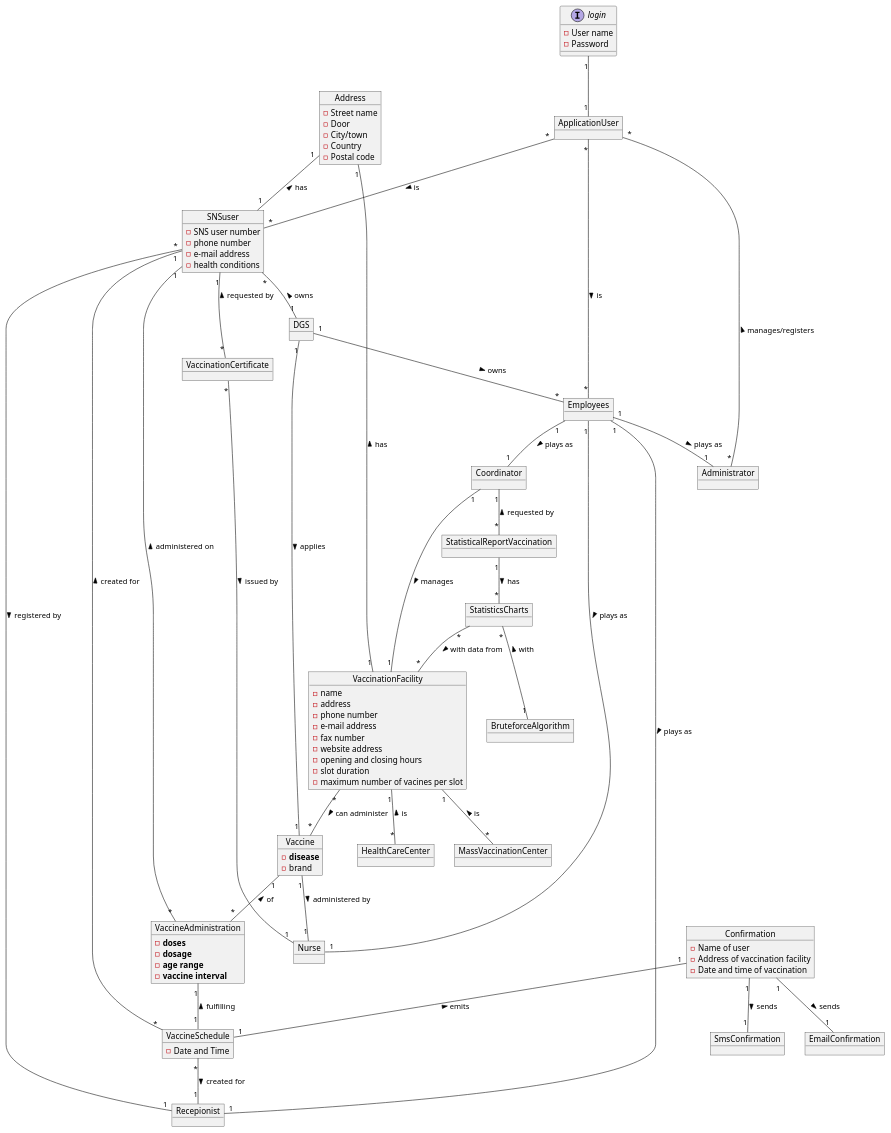
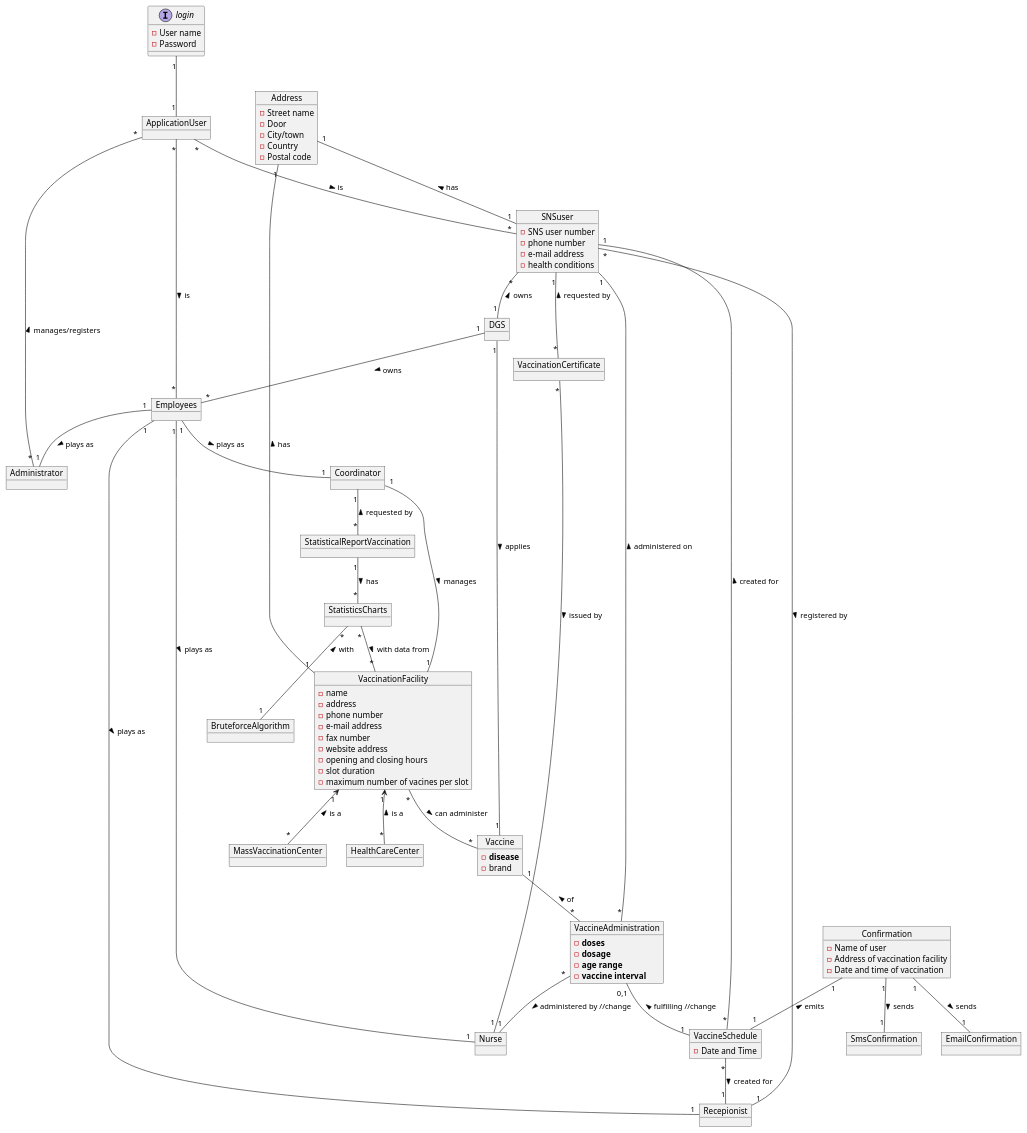
One commit to osnilas/SNSsystem changed the diagram in docs/SprintB/DM.puml. Above: the diagram before and after it, drawn with PlantUML. The commit also changed 14 other files, not shown here.

Commit message:
[UC 10] Implementation, creation of Employee class, UI and controler for UC and changes to UC diagram, furps.md, domain model

```diff
--- a/docs/SprintB/DM.puml
+++ b/docs/SprintB/DM.puml
@@ -1,105 +1,106 @@
 @startuml
 'https://plantuml.com/object-diagram
 
 interface login{
 -User name
 -Password
 }
 object SNSuser{
 -SNS user number
 -phone number
 -e-mail address
 -health conditions
 }
 object DGS
 object Administrator
 object Coordinator
 object Nurse
 object Recepionist
 object VaccinationFacility{
 -name
 -address
 -phone number
 -e-mail address
 -fax number
 -website address
 -opening and closing hours
 -slot duration
 -maximum number of vacines per slot
 }
 object StatisticalReportVaccination
 object MassVaccinationCenter
 object HealthCareCenter
 
 
 object Vaccine{
 -**disease**
 -brand
 
 }
 
 object VaccineSchedule{
 -Date and Time
 }
 object VaccinationCertificate
 object VaccineAdministration {
 -**doses**
 -**dosage**
 -**age range**
 -**vaccine interval**
 }
 object Confirmation{
 -Name of user
 -Address of vaccination facility
 -Date and time of vaccination
 }
 object SmsConfirmation
 object EmailConfirmation
 object Employees
 object StatisticsCharts
 object BruteforceAlgorithm
 object ApplicationUser
 object Address{
 -Street name
 -Door
 -City/town
 -Country
 -Postal code
 }
 
 ApplicationUser"*" -- "*"Employees: > is
 ApplicationUser"*" -- "*"SNSuser: > is
 Administrator"*" -- "*" ApplicationUser: > manages/registers
 login"1"--"1"ApplicationUser
 SNSuser"*"--"1" DGS : < owns
 DGS"1" -- "*"Employees : > owns
 DGS "1"--"1" Vaccine : > applies
 Employees"1"--"1" Recepionist: > plays as
 Employees"1"--"1" Nurse: > plays as
 Employees"1"--"1" Coordinator: > plays as
 Employees"1"--"1" Administrator: > plays as
 Address"1"--"1" VaccinationFacility: < has
 Address"1"--"1" SNSuser: < has
 SNSuser "1"--"*" VaccinationCertificate: < requested by
 Coordinator"1" --"1" VaccinationFacility: > manages
-VaccinationFacility"1"--"*" MassVaccinationCenter: < is
-VaccinationFacility"1"--"*" HealthCareCenter: < is
+VaccinationFacility"1"<--"*" MassVaccinationCenter: < is a
+
+VaccinationFacility"1"<--"*" HealthCareCenter: < is a
 Coordinator"1" -- "*"StatisticalReportVaccination: < requested by
 StatisticalReportVaccination"1" -- "*"StatisticsCharts: > has
 StatisticsCharts"*" -- "1"BruteforceAlgorithm: < with
 StatisticsCharts"*" -- "*"VaccinationFacility: > with data from
 VaccinationFacility "*"--"*" Vaccine: > can administer
 VaccineSchedule"*" -- "1"SNSuser: > created for
 VaccineSchedule"*" -- "1"Recepionist: > created for
-Vaccine"1" -- "1"Nurse: > administered by
+VaccineAdministration"*" -- "1"Nurse: > administered by //change
 Vaccine"1" -- "*"VaccineAdministration: < of
 Recepionist"1" -- "*"SNSuser: < registered by
 VaccineAdministration"*" -- "1"SNSuser: > administered on
-VaccineAdministration"1" -- "1"VaccineSchedule: < fulfilling
+VaccineAdministration"0,1" -- "1"VaccineSchedule: < fulfilling //change
 VaccinationCertificate"*" -- "1"Nurse: > issued by
 Confirmation"1" -- "1"VaccineSchedule: < emits
 Confirmation"1" -- "1"SmsConfirmation:> sends
 Confirmation "1"--"1" EmailConfirmation: > sends
 
 
 @enduml
```
